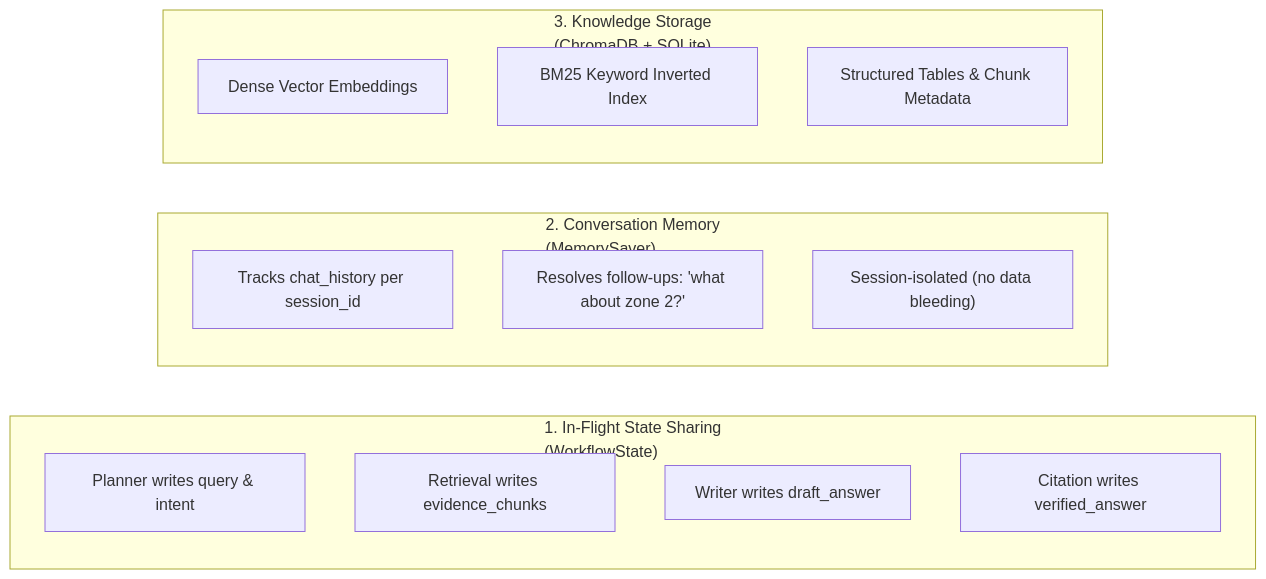
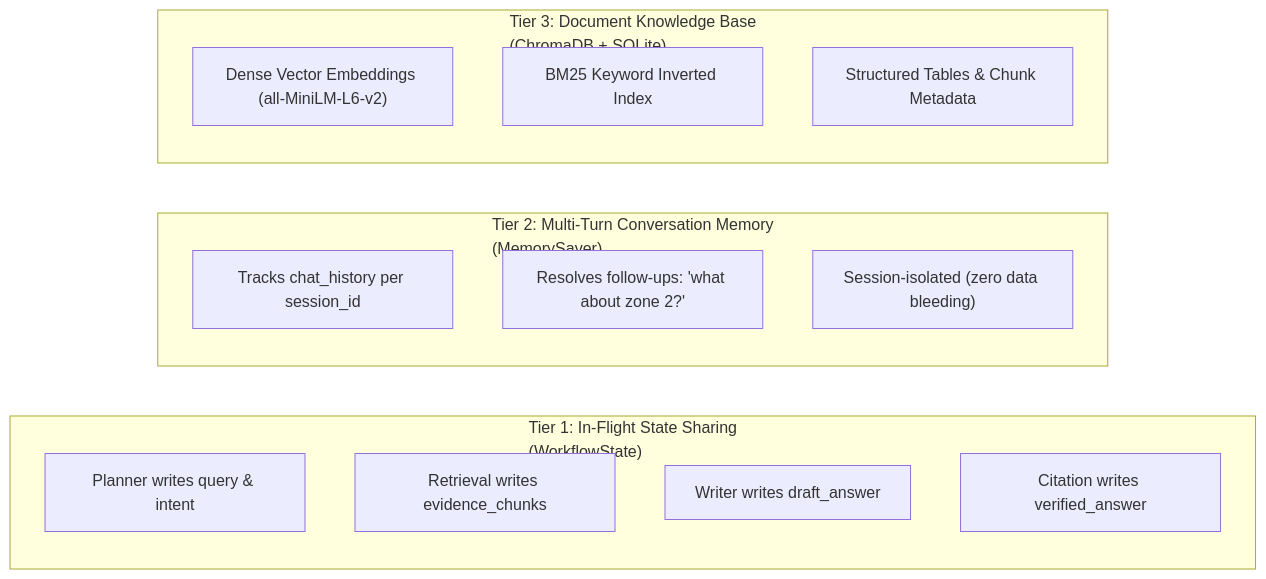
The fourth of 5 diagrams in architecture_plan.md (kartikkukde03/NexusRAG-Supervised-Multi-Agent-RAG-Platform-), drawn with Mermaid before and after one commit. The commit also changed other lines of this file, not shown here.

Commit message:
docs: treat architecture_plan.md as primary spec and add dedicated Agent Tool Registry section

````diff
--- a/architecture_plan.md
+++ b/architecture_plan.md
@@ -85,24 +125,24 @@
 ```mermaid
 flowchart LR
-    subgraph Level1 ["1. In-Flight State Sharing\n(WorkflowState)"]
+    subgraph Tier1 ["Tier 1: In-Flight State Sharing\n(WorkflowState)"]
         direction TB
-        L1A["Planner writes query & intent"]
-        L1B["Retrieval writes evidence_chunks"]
-        L1C["Writer writes draft_answer"]
-        L1D["Citation writes verified_answer"]
+        T1A["Planner writes query & intent"]
+        T1B["Retrieval writes evidence_chunks"]
+        T1C["Writer writes draft_answer"]
+        T1D["Citation writes verified_answer"]
     end
 
-    subgraph Level2 ["2. Conversation Memory\n(MemorySaver)"]
+    subgraph Tier2 ["Tier 2: Multi-Turn Conversation Memory\n(MemorySaver)"]
         direction TB
-        L2A["Tracks chat_history per session_id"]
-        L2B["Resolves follow-ups: 'what about zone 2?'"]
-        L2C["Session-isolated (no data bleeding)"]
+        T2A["Tracks chat_history per session_id"]
+        T2B["Resolves follow-ups: 'what about zone 2?'"]
+        T2C["Session-isolated (zero data bleeding)"]
     end
 
-    subgraph Level3 ["3. Knowledge Storage\n(ChromaDB + SQLite)"]
+    subgraph Tier3 ["Tier 3: Document Knowledge Base\n(ChromaDB + SQLite)"]
         direction TB
-        L3A["Dense Vector Embeddings"]
-        L3B["BM25 Keyword Inverted Index"]
-        L3C["Structured Tables & Chunk Metadata"]
+        T3A["Dense Vector Embeddings (all-MiniLM-L6-v2)"]
+        T3B["BM25 Keyword Inverted Index"]
+        T3C["Structured Tables & Chunk Metadata"]
     end
 ```
````
